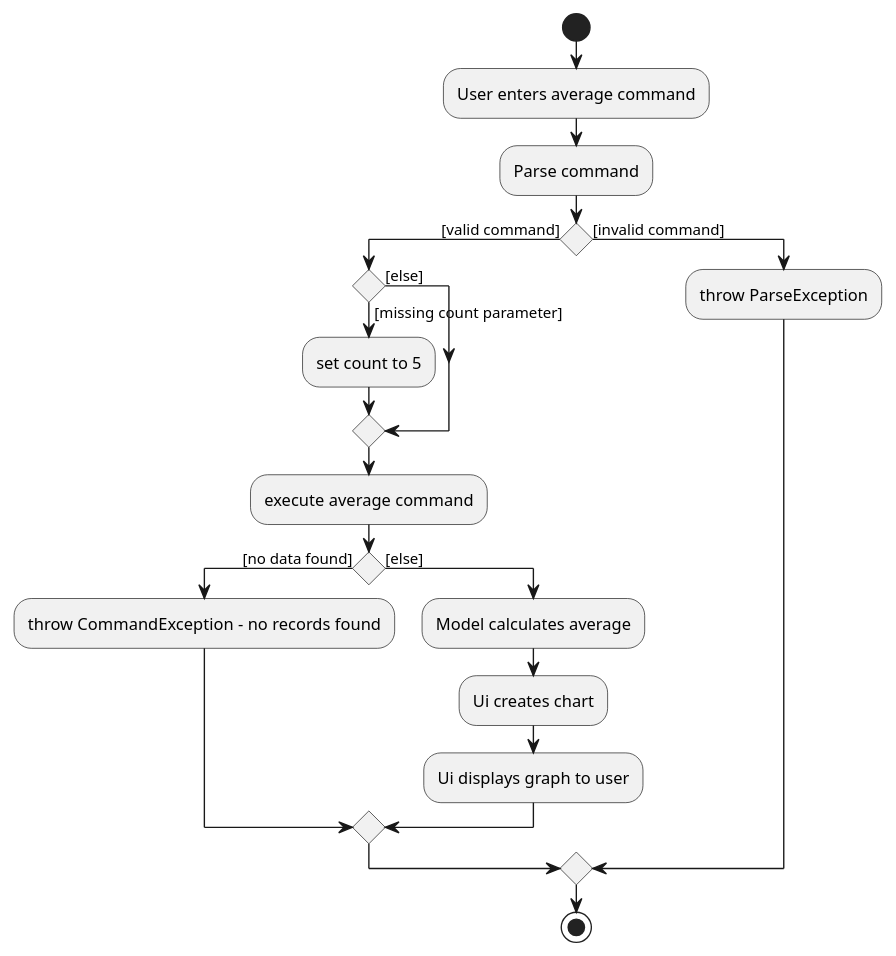
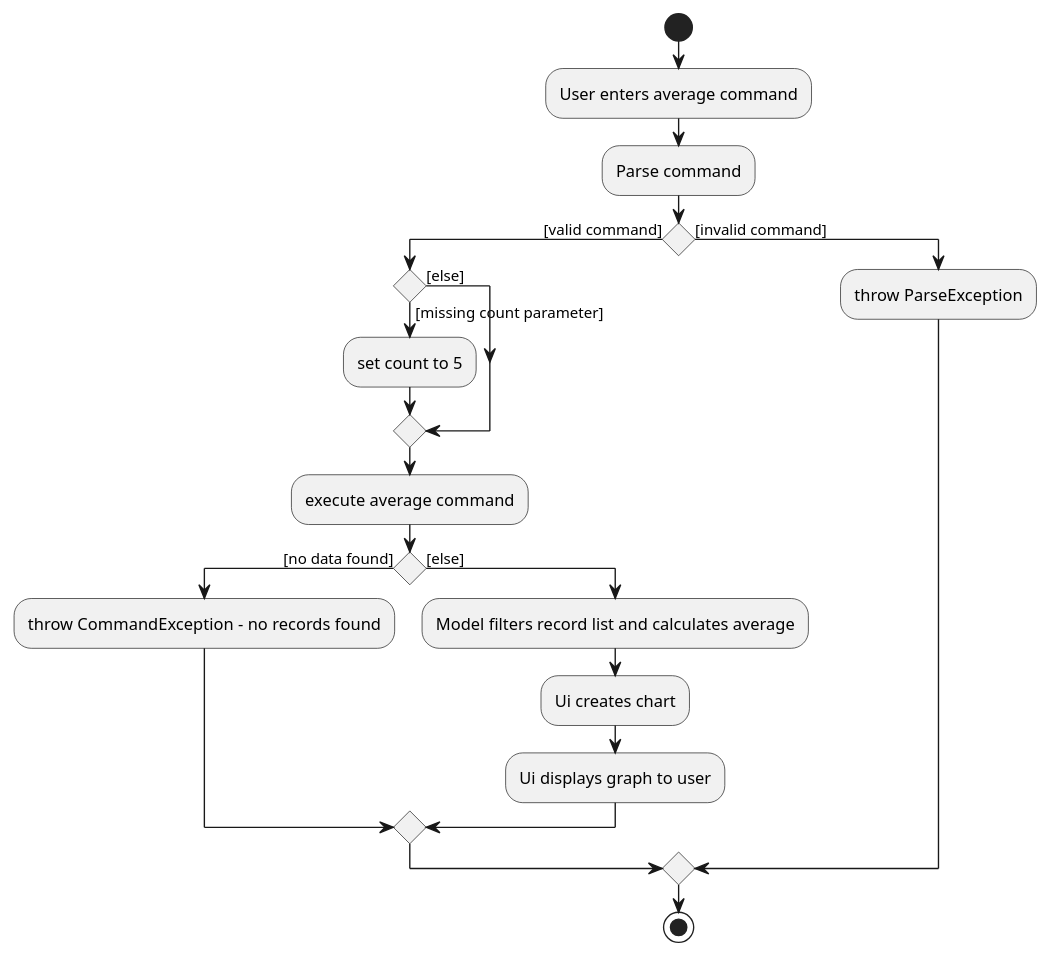
One commit to nus-cs2103-AY1920S1/addressbook-level3 changed the diagram in docs/diagrams/AverageCommandFailureActivityDiagram.puml. Above: the diagram before and after it, drawn with PlantUML. The commit also changed 4 other files, not shown here.

```diff
--- a/docs/diagrams/AverageCommandFailureActivityDiagram.puml
+++ b/docs/diagrams/AverageCommandFailureActivityDiagram.puml
@@ -1,25 +1,25 @@
 @startuml
 start
 :User enters average command;
 
 :Parse command;
 
 if () then ([valid command])
 if () then ([missing count parameter])
     :set count to 5;
 else ([else])
 endif
     :execute average command;
 if () then ([no data found])
     :throw CommandException - no records found;
 else ([else])
-    :Model calculates average;
+    :Model filters record list and calculates average;
     :Ui creates chart;
     :Ui displays graph to user;
 endif
 else ([invalid command])
     :throw ParseException;
 endif
 
 stop
 @enduml
```
